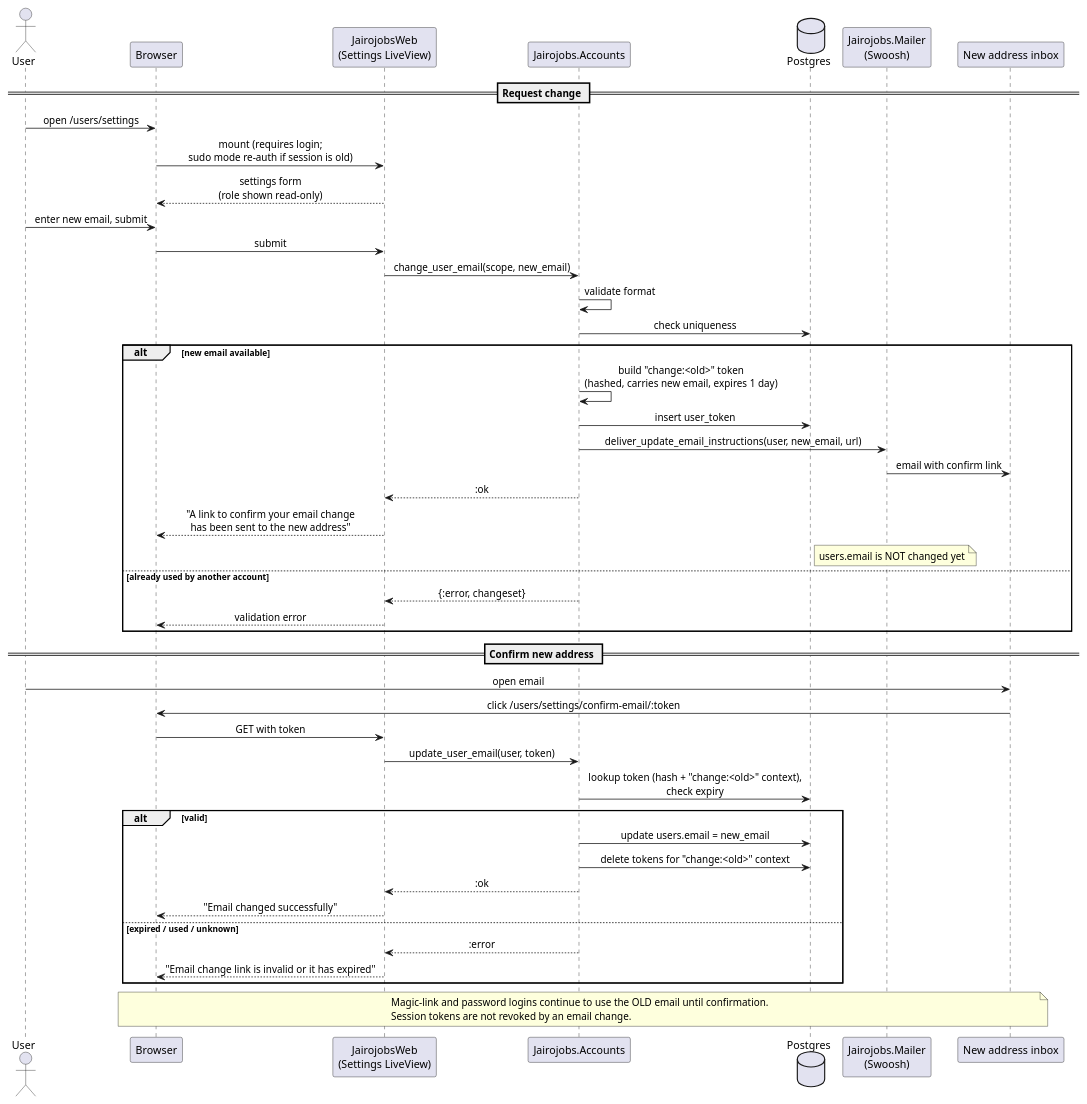
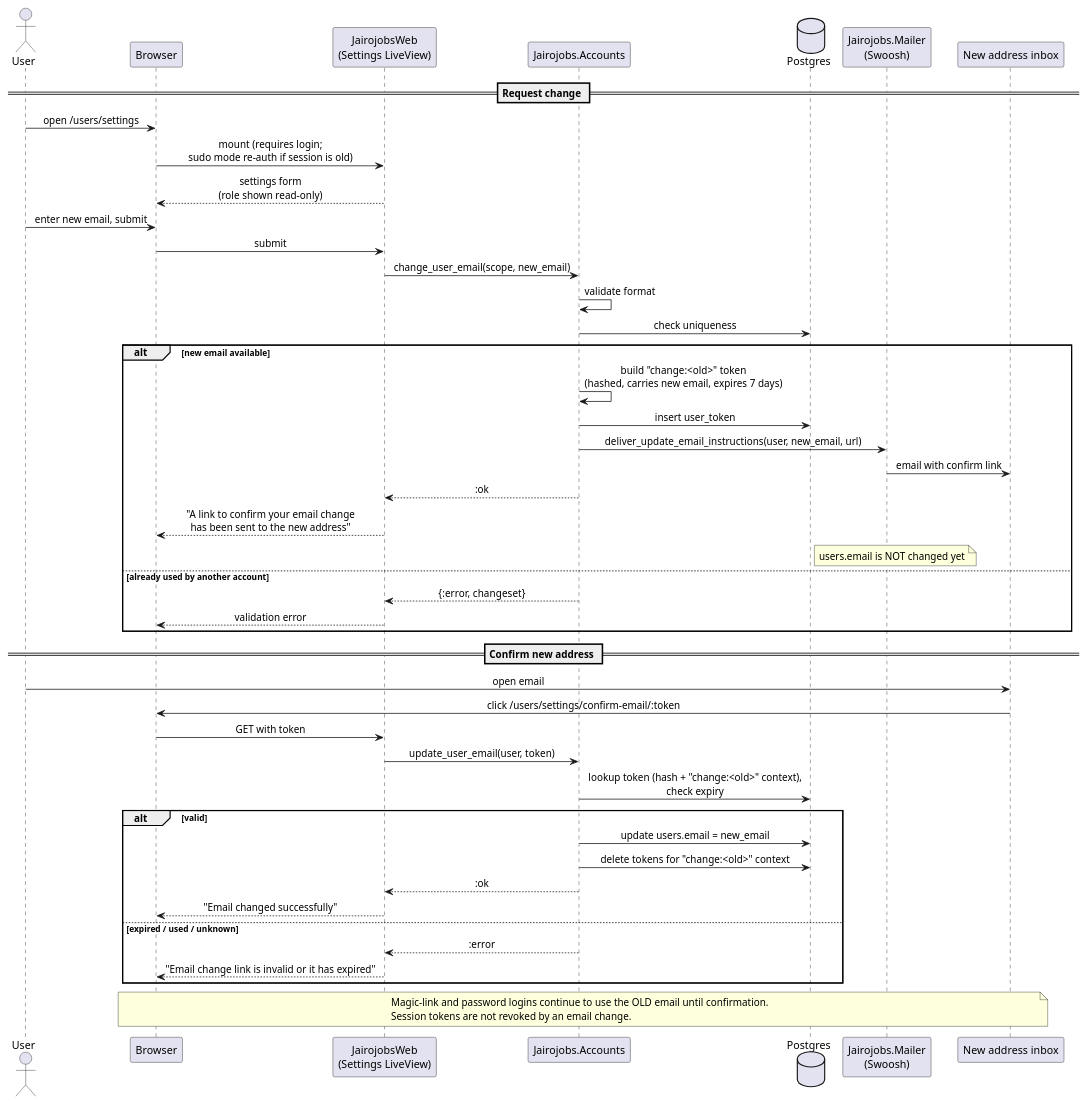
One commit to raseniero/jairojobs-elixir changed the diagram in docs/specs/001-accounts-authentication/diagrams/sequence-change-email.puml. Above: the diagram before and after it, drawn with PlantUML. The commit also changed 8 other files, not shown here.

```diff
--- a/docs/specs/001-accounts-authentication/diagrams/sequence-change-email.puml
+++ b/docs/specs/001-accounts-authentication/diagrams/sequence-change-email.puml
@@ -1,59 +1,59 @@
 @startuml sequence-change-email
 ' Spec 001 — change email with confirmation of the new address (REQ-001-6).
 ' Parties: Browser, JairojobsWeb (Settings LiveView), Jairojobs.Accounts, Postgres, Mailer, new inbox.
 
 skinparam sequenceMessageAlign center
 skinparam responseMessageBelowArrow true
 
 actor User
 participant "Browser" as B
 participant "JairojobsWeb\n(Settings LiveView)" as W
 participant "Jairojobs.Accounts" as ACC
 database "Postgres" as DB
 participant "Jairojobs.Mailer\n(Swoosh)" as M
 participant "New address inbox" as NEW
 
 == Request change ==
 User -> B : open /users/settings
 B -> W : mount (requires login;\nsudo mode re-auth if session is old)
 W --> B : settings form\n(role shown read-only)
 User -> B : enter new email, submit
 B -> W : submit
 W -> ACC : change_user_email(scope, new_email)
 ACC -> ACC : validate format
 ACC -> DB : check uniqueness
 alt new email available
-  ACC -> ACC : build "change:<old>" token\n(hashed, carries new email, expires 1 day)
+  ACC -> ACC : build "change:<old>" token\n(hashed, carries new email, expires 7 days)
   ACC -> DB : insert user_token
   ACC -> M : deliver_update_email_instructions(user, new_email, url)
   M -> NEW : email with confirm link
   ACC --> W : :ok
   W --> B : "A link to confirm your email change\nhas been sent to the new address"
   note right of DB : users.email is NOT changed yet
 else already used by another account
   ACC --> W : {:error, changeset}
   W --> B : validation error
 end
 
 == Confirm new address ==
 User -> NEW : open email
 NEW -> B : click /users/settings/confirm-email/:token
 B -> W : GET with token
 W -> ACC : update_user_email(user, token)
 ACC -> DB : lookup token (hash + "change:<old>" context),\ncheck expiry
 alt valid
   ACC -> DB : update users.email = new_email
   ACC -> DB : delete tokens for "change:<old>" context
   ACC --> W : :ok
   W --> B : "Email changed successfully"
 else expired / used / unknown
   ACC --> W : :error
   W --> B : "Email change link is invalid or it has expired"
 end
 
 note over B, NEW
   Magic-link and password logins continue to use the OLD email until confirmation.
   Session tokens are not revoked by an email change.
 end note
 
 @enduml
```
